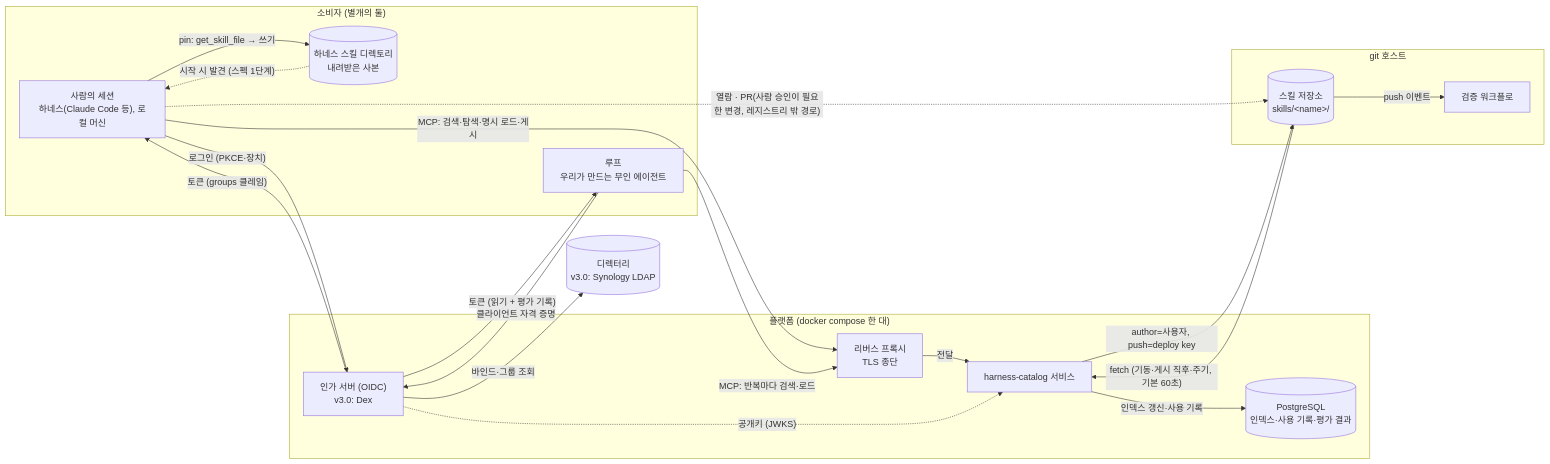
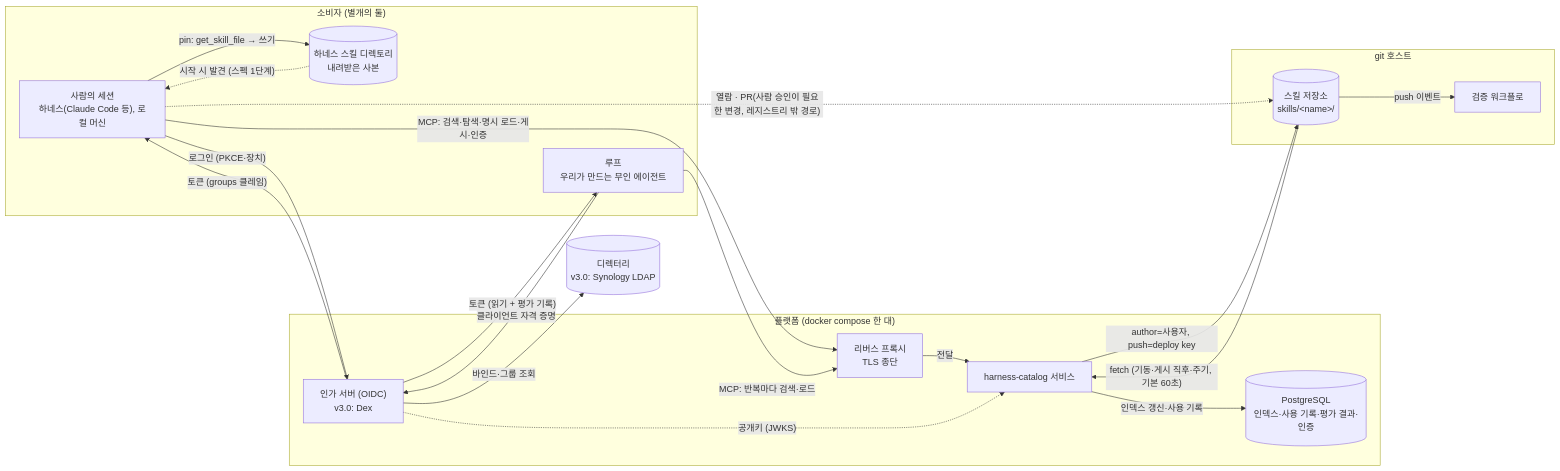
One commit to alteralab/harness-catalog changed the first of 3 diagrams in DESIGN.md. Above: the diagram before and after it, drawn with Mermaid. The commit also changed other lines of this file and 4 other files, not shown here.

````diff
--- a/DESIGN.md
+++ b/DESIGN.md
@@ -43,35 +43,35 @@
 ```mermaid
 flowchart LR
     subgraph EDGE["소비자 (별개의 둘)"]
         HUMAN["사람의 세션<br/>하네스(Claude Code 등), 로컬 머신"]
         LOOP["루프<br/>우리가 만드는 무인 에이전트"]
         LOCAL[("하네스 스킬 디렉토리<br/>내려받은 사본")]
     end
     DIR[("디렉터리<br/>v3.0: Synology LDAP")]
     subgraph PLATFORM["플랫폼 (docker compose 한 대)"]
         PROXY["리버스 프록시<br/>TLS 종단"]
         AUTHS["인가 서버 (OIDC)<br/>v3.0: Dex"]
         REG["harness-catalog 서비스"]
-        PG[("PostgreSQL<br/>인덱스·사용 기록·평가 결과")]
+        PG[("PostgreSQL<br/>인덱스·사용 기록·평가 결과·인증")]
     end
     subgraph GIT["git 호스트"]
         REPO[("스킬 저장소<br/>skills/&lt;name&gt;/")]
         CI["검증 워크플로"]
     end
     HUMAN -- "로그인 (PKCE·장치)" --> AUTHS
     LOOP -- "클라이언트 자격 증명" --> AUTHS
     AUTHS -- "바인드·그룹 조회" --> DIR
     AUTHS -- "토큰 (groups 클레임)" --> HUMAN
     AUTHS -- "토큰 (읽기 + 평가 기록)" --> LOOP
-    HUMAN -- "MCP: 검색·탐색·명시 로드·게시" --> PROXY
+    HUMAN -- "MCP: 검색·탐색·명시 로드·게시·인증" --> PROXY
     LOOP -- "MCP: 반복마다 검색·로드" --> PROXY
     PROXY -- "전달" --> REG
     AUTHS -. "공개키 (JWKS)" .-> REG
     REG -- "인덱스 갱신·사용 기록" --> PG
     REPO -- "fetch (기동·게시 직후·주기, 기본 60초)" --> REG
     REG -- "author=사용자, push=deploy key" --> REPO
     REPO -- "push 이벤트" --> CI
     HUMAN -- "pin: get_skill_file → 쓰기" --> LOCAL
     LOCAL -. "시작 시 발견 (스펙 1단계)" .-> HUMAN
     HUMAN -. "열람 · PR(사람 승인이 필요한 변경, 레지스트리 밖 경로)" .-> REPO
 ```
````
